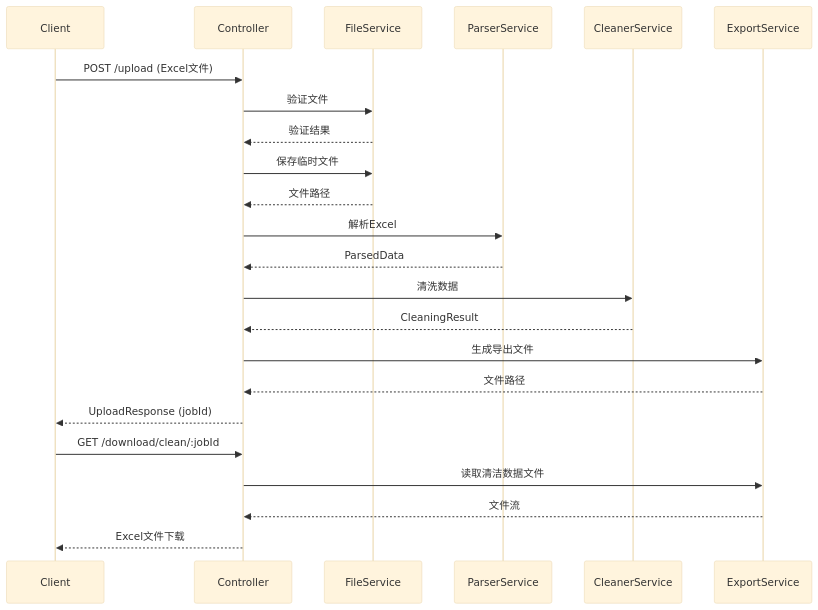
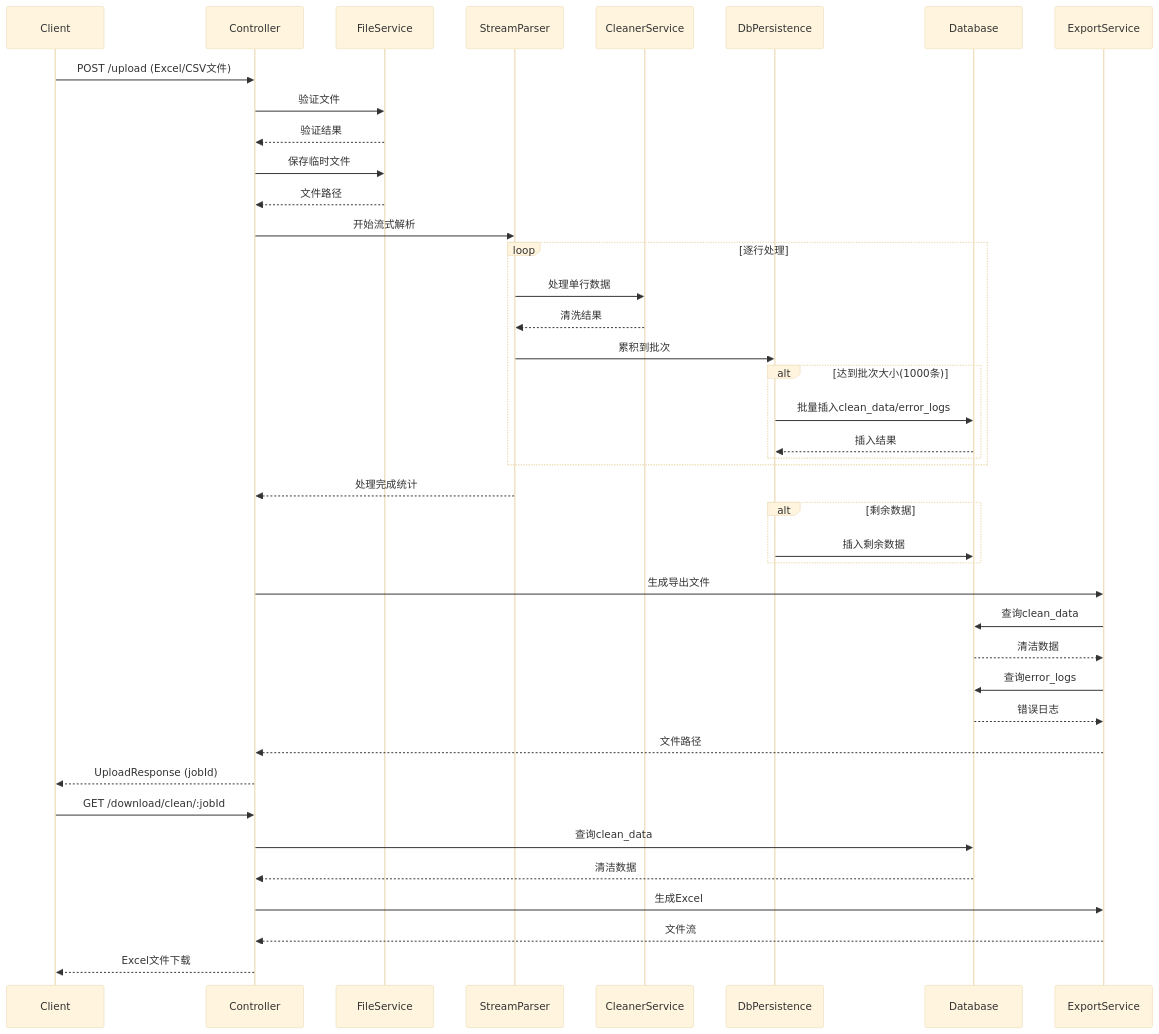
Before and after one commit to silencealoe/data-clean-tool: the second of 3 diagrams in .kiro/specs/data-cleaning-service/design.md, drawn with Mermaid (base theme). The commit also changed other lines of this file and 100 other files, not shown here.

````diff
--- a/.kiro/specs/data-cleaning-service/design.md
+++ b/.kiro/specs/data-cleaning-service/design.md
@@ -474,27 +711,48 @@
 ```mermaid
 sequenceDiagram
     participant Client
     participant Controller
     participant FileService
-    participant ParserService
+    participant StreamParser
     participant CleanerService
+    participant DbPersistence
+    participant Database
     participant ExportService
     
-    Client->>Controller: POST /upload (Excel文件)
+    Client->>Controller: POST /upload (Excel/CSV文件)
     Controller->>FileService: 验证文件
     FileService-->>Controller: 验证结果
     Controller->>FileService: 保存临时文件
     FileService-->>Controller: 文件路径
-    Controller->>ParserService: 解析Excel
-    ParserService-->>Controller: ParsedData
-    Controller->>CleanerService: 清洗数据
-    CleanerService-->>Controller: CleaningResult
+    
+    Controller->>StreamParser: 开始流式解析
+    loop 逐行处理
+        StreamParser->>CleanerService: 处理单行数据
+        CleanerService-->>StreamParser: 清洗结果
+        StreamParser->>DbPersistence: 累积到批次
+        alt 达到批次大小(1000条)
+            DbPersistence->>Database: 批量插入clean_data/error_logs
+            Database-->>DbPersistence: 插入结果
+        end
+    end
+    StreamParser-->>Controller: 处理完成统计
+    
+    alt 剩余数据
+        DbPersistence->>Database: 插入剩余数据
+    end
+    
     Controller->>ExportService: 生成导出文件
+    ExportService->>Database: 查询clean_data
+    Database-->>ExportService: 清洁数据
+    ExportService->>Database: 查询error_logs
+    Database-->>ExportService: 错误日志
     ExportService-->>Controller: 文件路径
     Controller-->>Client: UploadResponse (jobId)
     
     Client->>Controller: GET /download/clean/:jobId
-    Controller->>ExportService: 读取清洁数据文件
+    Controller->>Database: 查询clean_data
+    Database-->>Controller: 清洁数据
+    Controller->>ExportService: 生成Excel
     ExportService-->>Controller: 文件流
     Controller-->>Client: Excel文件下载
 ```
````
